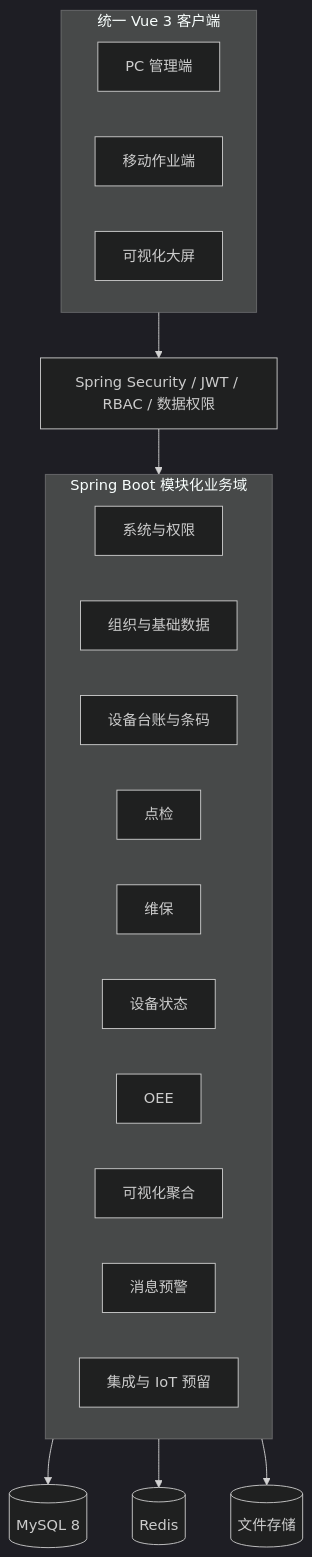
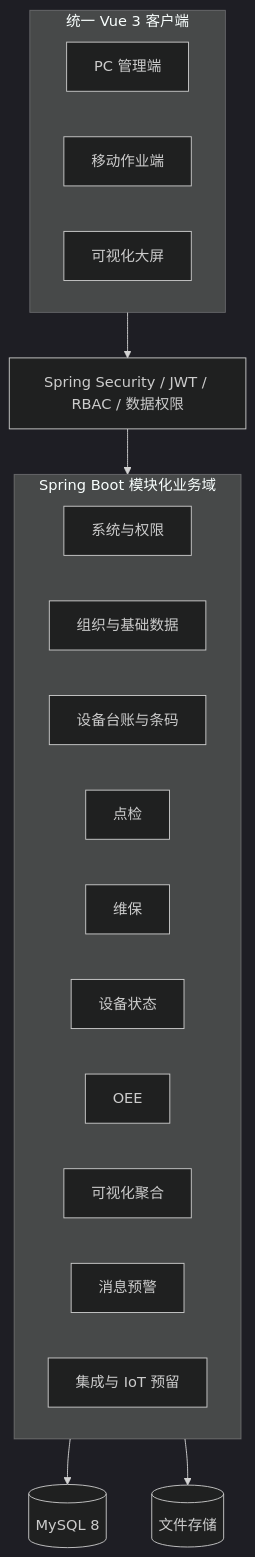
Before and after one commit to Azi9527/LeanTPM: the first of 2 diagrams in docs/01-总体设计.md, drawn with Mermaid (dark theme). The commit also changed other lines of this file and 333 other files, not shown here.

````diff
--- a/docs/01-总体设计.md
+++ b/docs/01-总体设计.md
@@ -18,29 +18,27 @@
 ```mermaid
 flowchart TB
     subgraph Client["统一 Vue 3 客户端"]
       PC["PC 管理端"]
       Mobile["移动作业端"]
       Screen["可视化大屏"]
     end
     Gateway["Spring Security / JWT / RBAC / 数据权限"]
     subgraph Domains["Spring Boot 模块化业务域"]
       System["系统与权限"]
       Master["组织与基础数据"]
       Asset["设备台账与条码"]
       Inspect["点检"]
       Maintain["维保"]
       State["设备状态"]
       OEE["OEE"]
       Visual["可视化聚合"]
       Message["消息预警"]
       Integration["集成与 IoT 预留"]
     end
     MySQL[("MySQL 8")]
-    Redis[("Redis")]
     Files[("文件存储")]
 
     Client --> Gateway --> Domains
     Domains --> MySQL
-    Domains --> Redis
     Domains --> Files
 ```
````
